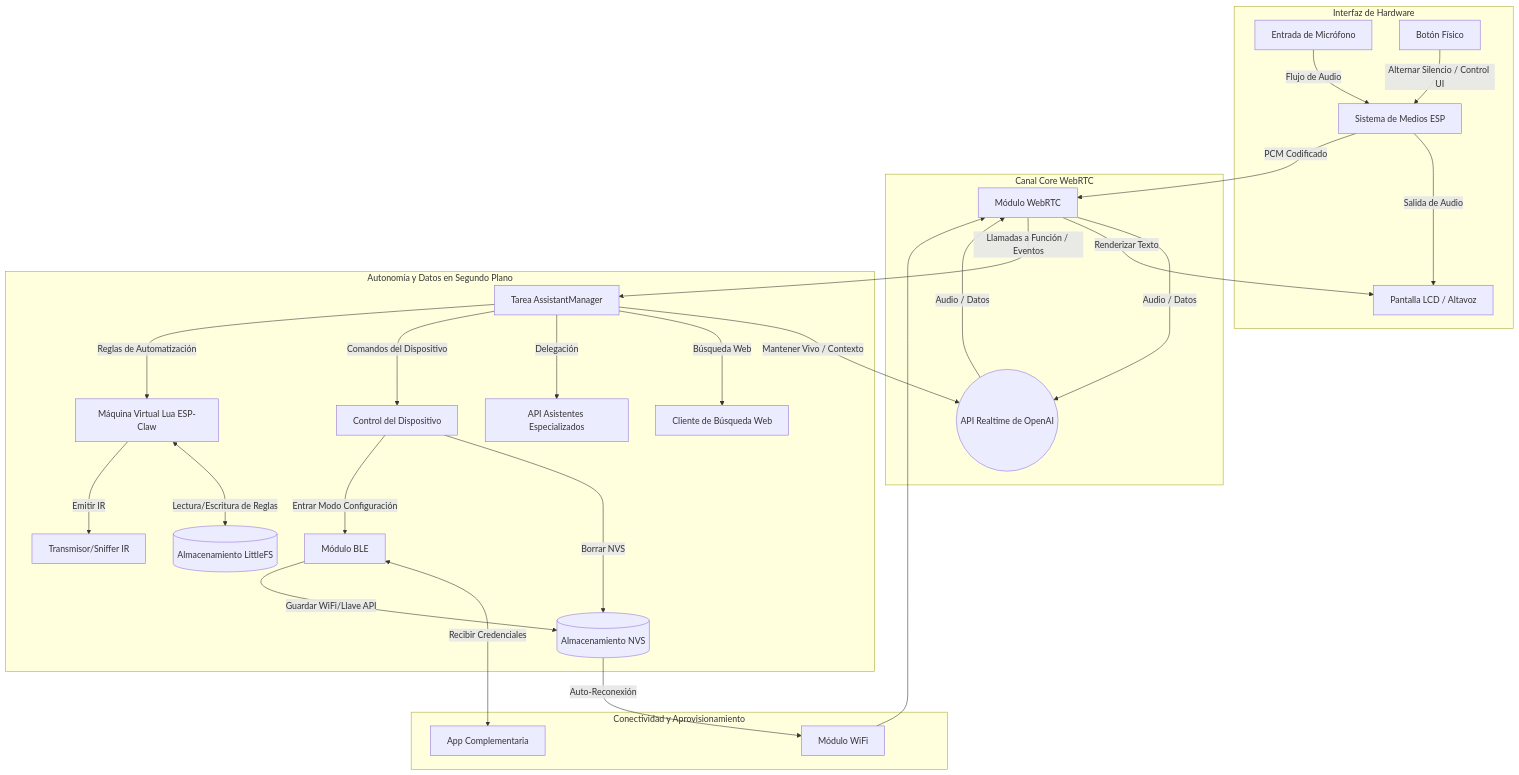
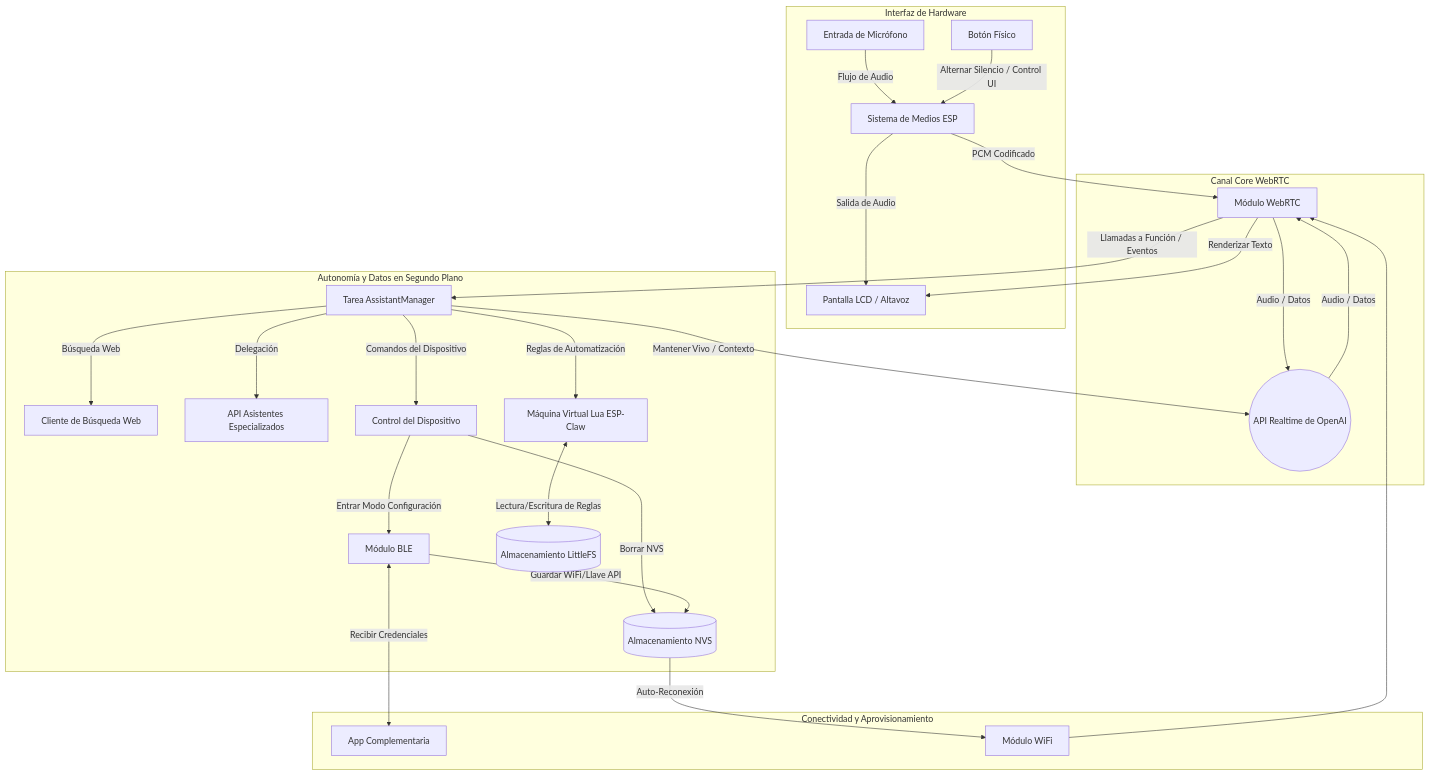
The diagram in README-es.md (lmartinez51/esp32s3-camila), drawn with Mermaid before and after one commit. The commit also changed other lines of this file and 1 other file, not shown here.

````diff
--- a/README-es.md
+++ b/README-es.md
@@ -48,37 +42,36 @@
 ```mermaid
 flowchart TD
     subgraph Interfaz de Hardware
         A[Entrada de Micrófono] -->|Flujo de Audio| B[Sistema de Medios ESP]
         E[Pantalla LCD / Altavoz]
         F[Botón Físico]
         B -->|Salida de Audio| E
     end
 
     subgraph Canal Core WebRTC
         B -->|PCM Codificado| C[Módulo WebRTC]
         C -->|Audio / Datos| D((API Realtime de OpenAI))
         D -->|Audio / Datos| C
         C -->|Renderizar Texto| E
         F -->|Alternar Silencio / Control UI| B
     end
 
     subgraph Autonomía y Datos en Segundo Plano
         C -->|Llamadas a Función / Eventos| G[Tarea AssistantManager]
         G -->|Mantener Vivo / Contexto| D
         G -->|Búsqueda Web| WS[Cliente de Búsqueda Web]
         G -->|Delegación| SA[API Asistentes Especializados]
         G -->|Comandos del Dispositivo| HC[Control del Dispositivo]
         HC -->|Borrar NVS| NVS[(Almacenamiento NVS)]
         HC -->|Entrar Modo Configuración| BLE[Módulo BLE]
         G -->|Reglas de Automatización| LUA[Máquina Virtual Lua ESP-Claw]
         LUA <-->|Lectura/Escritura de Reglas| LFS[(Almacenamiento LittleFS)]
-        LUA -->|Emitir IR| IR[Transmisor/Sniffer IR]
-    end
+            end
 
     subgraph Conectividad y Aprovisionamiento
         BLE <-->|Recibir Credenciales| App[App Complementaria]
         BLE -->|Guardar WiFi/Llave API| NVS
         NVS -->|Auto-Reconexión| WiFi[Módulo WiFi]
         WiFi --> C
     end
 ```
````
